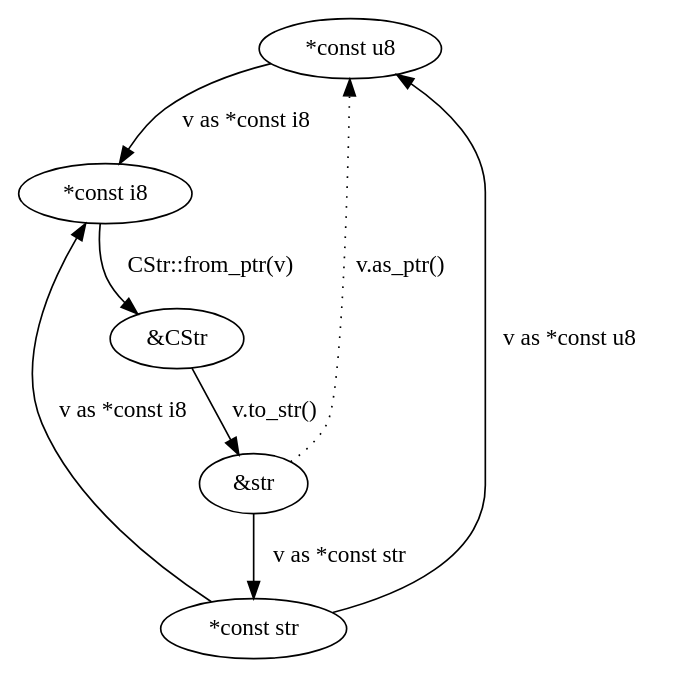
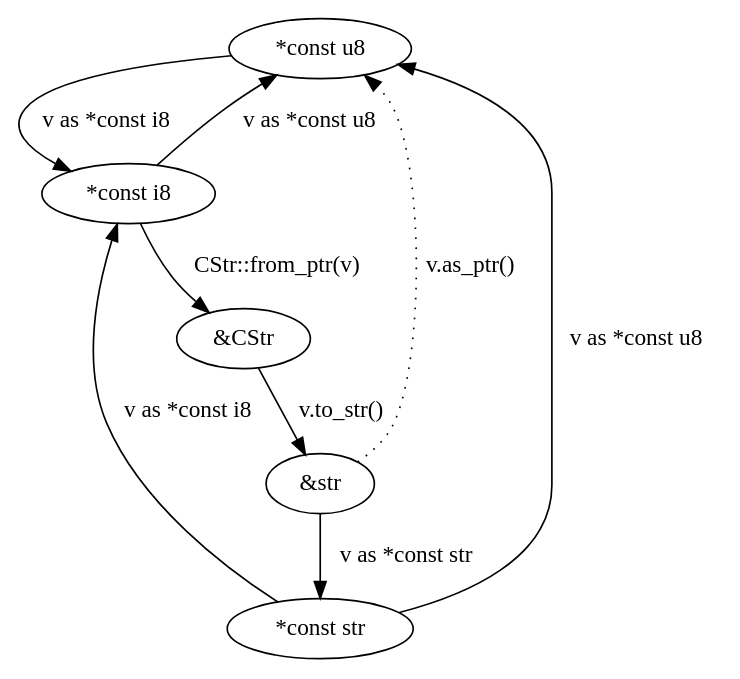
The diagram in str.gv (RioKato/unsafe-rust), drawn with Graphviz before and after one commit. The commit also changed 1 other file, not shown here.

```diff
--- a/str.gv
+++ b/str.gv
@@ -1,10 +1,11 @@
 digraph {
   "*const u8" -> "*const i8" [label="v as *const i8"]
+  "*const i8" -> "*const u8" [label="v as *const u8"]
   "*const i8" -> "&CStr" [label="CStr::from_ptr(v)"]
   "&CStr" -> "&str" [label="v.to_str()"]
   "&str" -> "*const str" [label="v as *const str"]
   "*const str" -> "*const u8" [label="v as *const u8"]
   "*const str" -> "*const i8" [label="v as *const i8"]
 
   "&str" -> "*const u8" [label="v.as_ptr()", style="dotted"]
 }
```
